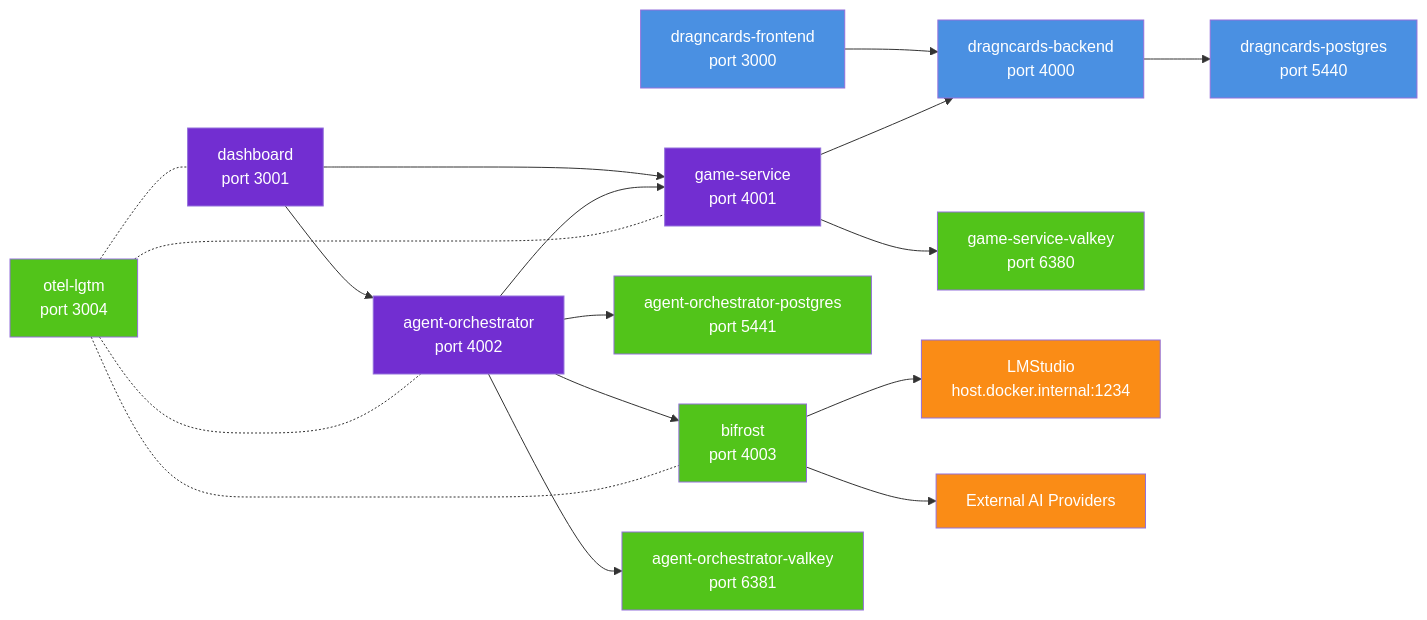
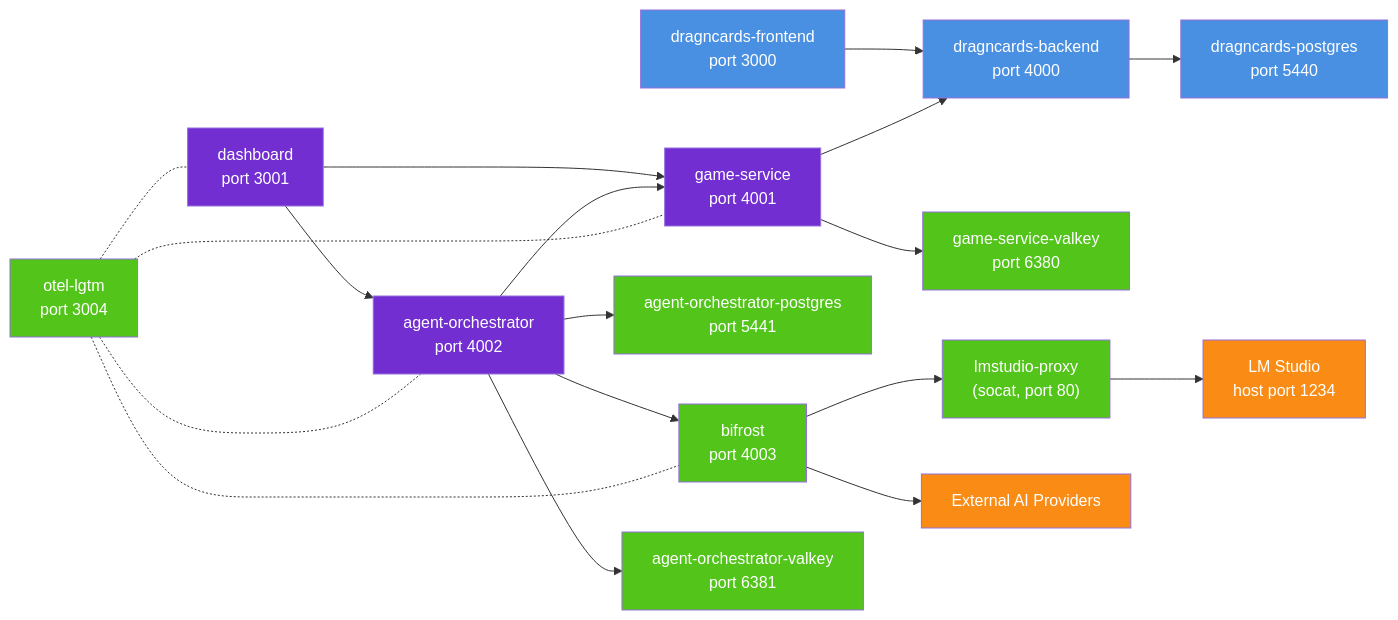
Before and after one commit to Nasus20202/DragncardsAI: the diagram in README.md, drawn with Mermaid. The commit also changed other lines of this file and 13 other files, not shown here.

````diff
--- a/README.md
+++ b/README.md
@@ -26,46 +26,47 @@
 ```mermaid
 flowchart LR
     classDef dragncards fill:#4a90e2,color:#fff
     classDef ai fill:#722ed1,color:#fff
     classDef infra fill:#52c41a,color:#fff
     classDef external fill:#fa8c16,color:#fff
 
     Frontend["dragncards-frontend<br/>port 3000"]
     Backend["dragncards-backend<br/>port 4000"]
     PG1["dragncards-postgres<br/>port 5440"]
     GameSvc["game-service<br/>port 4001"]
     OrcPg["agent-orchestrator-postgres<br/>port 5441"]
     AgentOrch["agent-orchestrator<br/>port 4002"]
     Dashboard["dashboard<br/>port 3001"]
     Bifrost["bifrost<br/>port 4003"]
     OtelLGTM["otel-lgtm<br/>port 3004"]
     Valkey1["game-service-valkey<br/>port 6380"]
     Valkey2["agent-orchestrator-valkey<br/>port 6381"]
-    HostLM["LMStudio<br/>host.docker.internal:1234"]
+    LMProxy["lmstudio-proxy<br/>(socat, port 80)"]
+    HostLM["LM Studio<br/>host port 1234"]
     ExtAI["External AI Providers"]
 
     class Frontend,Backend,PG1 dragncards
     class GameSvc,AgentOrch,Dashboard ai
-    class Bifrost,OtelLGTM,Valkey1,Valkey2,OrcPg infra
+    class Bifrost,OtelLGTM,Valkey1,Valkey2,OrcPg,LMProxy infra
     class HostLM,ExtAI external
 
     Frontend --> Backend --> PG1
     Dashboard --> AgentOrch
     Dashboard --> GameSvc
 
     AgentOrch --> GameSvc
     AgentOrch --> Bifrost
     AgentOrch --> OrcPg
     AgentOrch --> Valkey2
 
     GameSvc --> Backend
     GameSvc --> Valkey1
 
-    Bifrost --> HostLM
+    Bifrost --> LMProxy --> HostLM
     Bifrost --> ExtAI
 
     OtelLGTM -.- GameSvc
     OtelLGTM -.- AgentOrch
     OtelLGTM -.- Dashboard
     OtelLGTM -.- Bifrost
 ```
````
